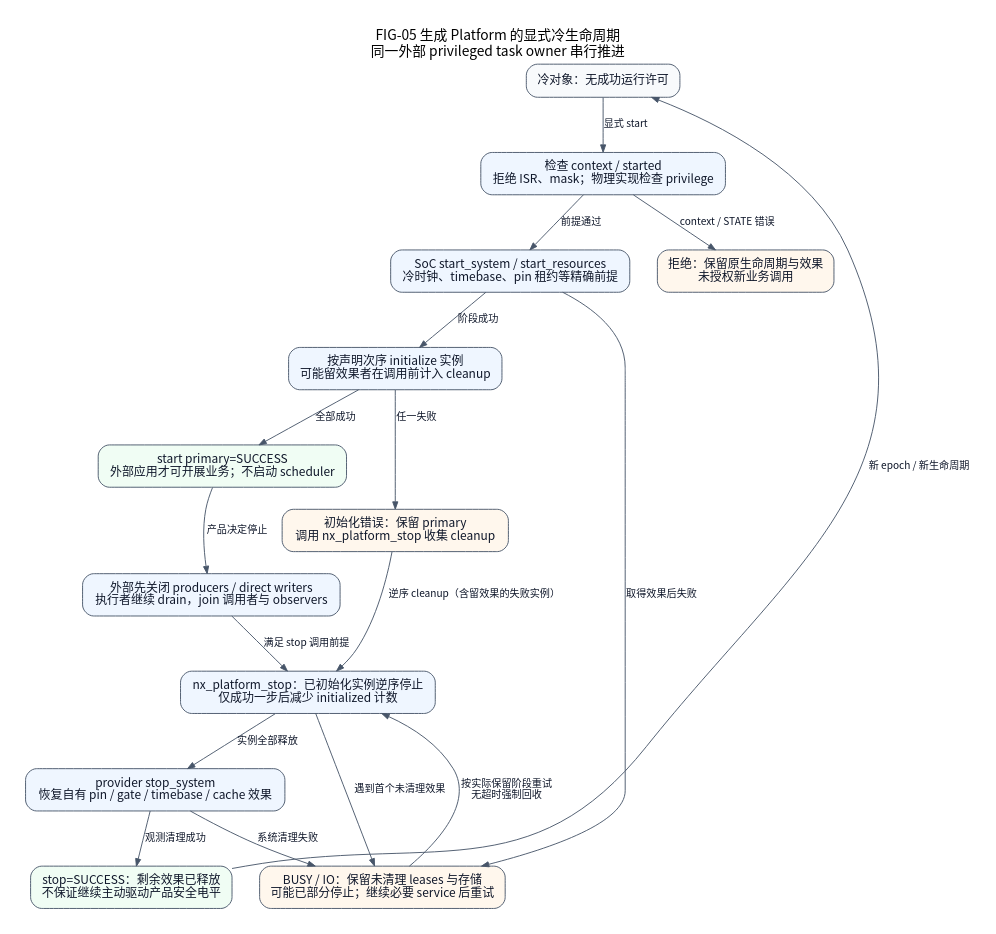
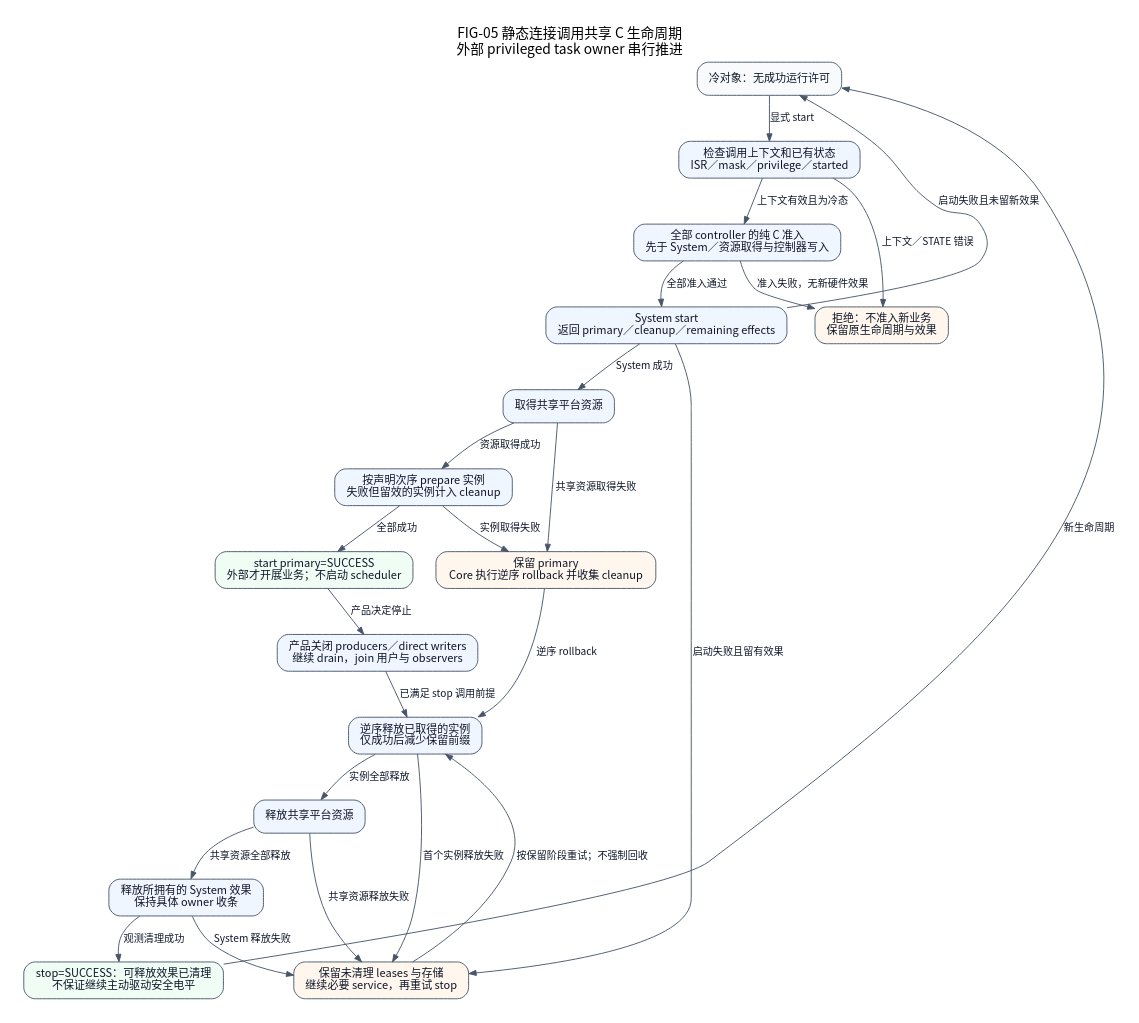
The diagram in docs/assets/diagrams/localized/zh_CN/platform-lifecycle.dot (X-Gen-Lab/nexus), drawn with Graphviz before and after one commit. The commit also changed 614 other files, not shown here.

```diff
--- a/docs/assets/diagrams/localized/zh_CN/platform-lifecycle.dot
+++ b/docs/assets/diagrams/localized/zh_CN/platform-lifecycle.dot
@@ -1,43 +1,45 @@
-// FIG-05 current: source-backed, scoped engineering view.
-// Code basis: 0111c8d3b9c7b37d258b9c401070305b13b6f3a1.
-// Relations and qualification limits are documented in README.md.
+// Current scoped view. Build-time arrows and runtime calls are labeled explicitly.
+// Code basis: core/private/platform_lifecycle_impl.h; tools/configure/bindings.py; soc/stm32/stm32f4/private/stm32f4_platform_lifecycle_impl.h
 digraph PlatformLifecycle {
-    graph [newrank=true, rankdir=TB, bgcolor="white", pad=0.28, nodesep=0.42,
-           ranksep=0.66, fontname="Noto Sans CJK SC", fontsize=15,
-           labelloc=t];
-    node [shape=box, style="rounded,filled", fillcolor="#eff6ff",
-          color="#475569", fontcolor="#0f172a", fontname="Noto Sans CJK SC",
-          fontsize=13, margin="0.18,0.12"];
-    edge [color="#475569", fontcolor="#0f172a",
-          fontname="Noto Sans CJK SC", fontsize=11, arrowsize=0.8];
-
-    graph [label="FIG-05 生成 Platform 的显式冷生命周期\n同一外部 privileged task owner 串行推进"];
+    graph [label="FIG-05 静态连接调用共享 C 生命周期\n外部 privileged task owner 串行推进", rankdir=TB, bgcolor="white", pad=0.25, nodesep=0.35, ranksep=0.52, fontname="Noto Sans CJK SC", fontsize=15, labelloc=t];
+    node [shape=box, style="rounded,filled", fillcolor="#eff6ff", color="#475569", fontcolor="#0f172a", fontname="Noto Sans CJK SC", fontsize=12, margin="0.16,0.10"];
+    edge [color="#475569", fontcolor="#0f172a", fontname="Noto Sans CJK SC", fontsize=11, arrowsize=0.8];
     cold [label="冷对象：无成功运行许可", fillcolor="#f8fafc"];
-    context [label="检查 context / started\n拒绝 ISR、mask；物理实现检查 privilege"];
-    system [label="SoC start_system / start_resources\n冷时钟、timebase、pin 租约等精确前提"];
-    instances [label="按声明次序 initialize 实例\n可能留效果者在调用前计入 cleanup"];
-    running [label="start primary=SUCCESS\n外部应用才可开展业务；不启动 scheduler", fillcolor="#f0fdf4"];
-    quiesce [label="外部先关闭 producers / direct writers\n执行者继续 drain，join 调用者与 observers"];
-    reverse [label="nx_platform_stop：已初始化实例逆序停止\n仅成功一步后减少 initialized 计数"];
-    withdraw [label="provider stop_system\n恢复自有 pin / gate / timebase / cache 效果"];
-    released [label="stop=SUCCESS：剩余效果已释放\n不保证继续主动驱动产品安全电平", fillcolor="#f0fdf4"];
-    primary [label="初始化错误：保留 primary\n调用 nx_platform_stop 收集 cleanup", fillcolor="#fff7ed"];
-    retained [label="BUSY / IO：保留未清理 leases 与存储\n可能已部分停止；继续必要 service 后重试", fillcolor="#fff7ed"];
+    context [label="检查调用上下文和已有状态\nISR／mask／privilege／started"];
+    admit [label="全部 controller 的纯 C 准入\n先于 System／资源取得与控制器写入"];
+    system [label="System start\n返回 primary／cleanup／remaining effects"];
+    resources [label="取得共享平台资源"];
+    instances [label="按声明次序 prepare 实例\n失败但留效的实例计入 cleanup"];
+    running [label="start primary=SUCCESS\n外部才开展业务；不启动 scheduler", fillcolor="#f0fdf4"];
+    quiesce [label="产品关闭 producers／direct writers\n继续 drain，join 用户与 observers"];
+    reverse [label="逆序释放已取得的实例\n仅成功后减少保留前缀"];
+    releaseResources [label="释放共享平台资源"];
+    releaseSystem [label="释放所拥有的 System 效果\n保持具体 owner 收条"];
+    released [label="stop=SUCCESS：可释放效果已清理\n不保证继续主动驱动安全电平", fillcolor="#f0fdf4"];
+    primary [label="保留 primary\nCore 执行逆序 rollback 并收集 cleanup", fillcolor="#fff7ed"];
+    retained [label="保留未清理 leases 与存储\n继续必要 service，再重试 stop", fillcolor="#fff7ed"];
+    rejected [label="拒绝：不准入新业务\n保留原生命周期与效果", fillcolor="#fff7ed"];
     cold -> context [label="显式 start"];
-    rejected [label="拒绝：保留原生命周期与效果\n未授权新业务调用", fillcolor="#fff7ed"];
-    context -> rejected [label="context / STATE 错误"];
-    context -> system [label="前提通过"];
-    system -> instances [label="阶段成功"];
-    system -> retained [label="取得效果后失败"];
+    context -> rejected [label="上下文／STATE 错误"];
+    context -> admit [label="上下文有效且为冷态"];
+    admit -> rejected [label="准入失败，无新硬件效果"];
+    admit -> system [label="全部准入通过"];
+    system -> resources [label="System 成功"];
+    system -> retained [label="启动失败且留有效果"];
+    system -> cold [label="启动失败且未留新效果", constraint=false];
+    resources -> instances [label="资源取得成功"];
+    resources -> primary [label="共享资源取得失败"];
     instances -> running [label="全部成功"];
-    instances -> primary [label="任一失败"];
-    primary -> reverse [label="逆序 cleanup（含留效果的失败实例）"];
+    instances -> primary [label="实例取得失败"];
+    primary -> reverse [label="逆序 rollback"];
     running -> quiesce [label="产品决定停止"];
-    quiesce -> reverse [label="满足 stop 调用前提"];
-    reverse -> withdraw [label="实例全部释放"];
-    reverse -> retained [label="遇到首个未清理效果"];
-    withdraw -> released [label="观测清理成功"];
-    withdraw -> retained [label="系统清理失败"];
-    retained -> reverse [label="按实际保留阶段重试\n无超时强制回收", constraint=false];
-    released -> cold [label="新 epoch / 新生命周期", constraint=false];
+    quiesce -> reverse [label="已满足 stop 调用前提"];
+    reverse -> releaseResources [label="实例全部释放"];
+    releaseResources -> releaseSystem [label="共享资源全部释放"];
+    releaseSystem -> released [label="观测清理成功"];
+    reverse -> retained [label="首个实例释放失败"];
+    releaseResources -> retained [label="共享资源释放失败"];
+    releaseSystem -> retained [label="System 释放失败"];
+    retained -> reverse [label="按保留阶段重试；不强制回收", constraint=false];
+    released -> cold [label="新生命周期", constraint=false];
 }
```
